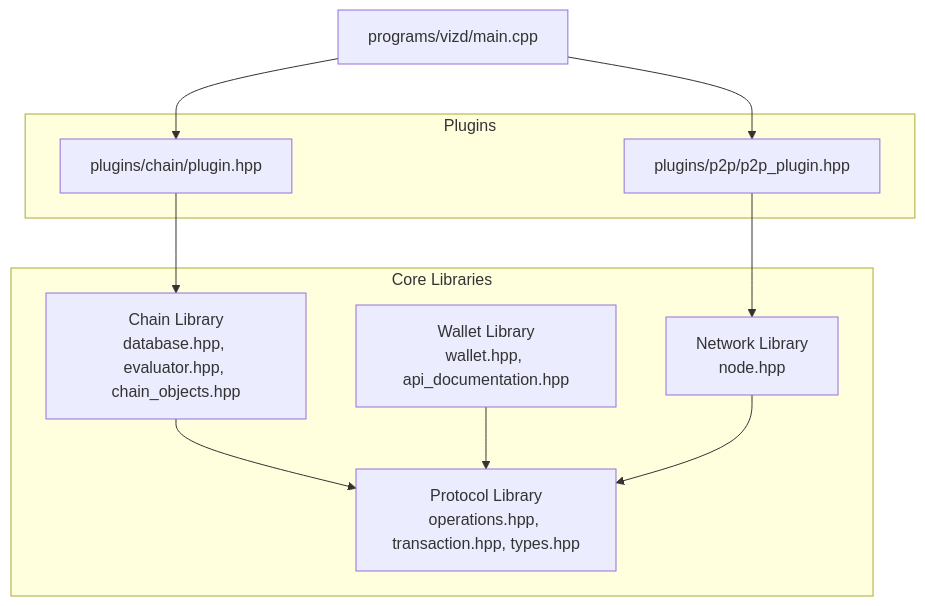
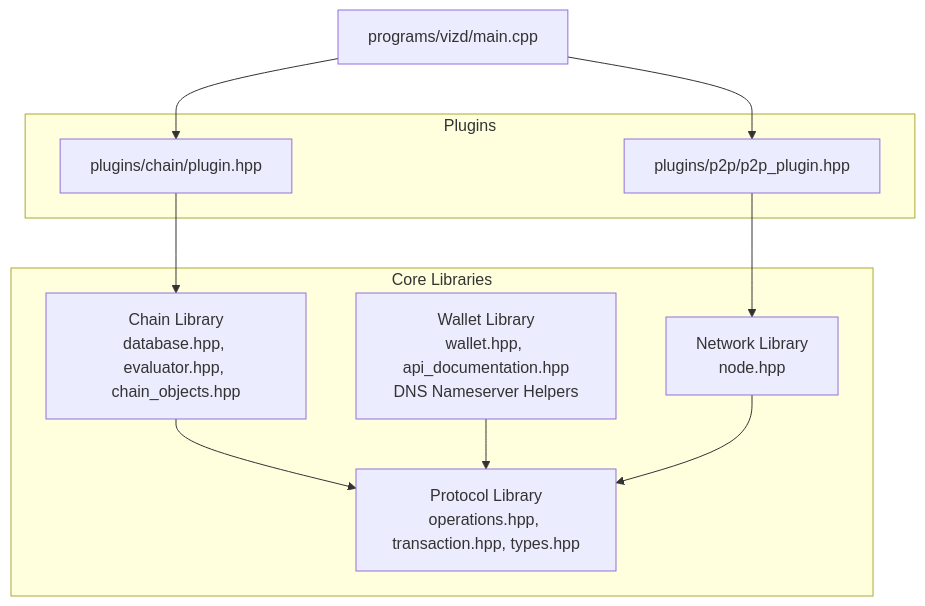
The first of 10 diagrams in .qoder/repowiki/en/content/Core Libraries.md (VIZ-Blockchain/viz-cpp-node), drawn with Mermaid before and after one commit. The commit also changed other lines of this file and 9 other files, not shown here.

````diff
--- a/.qoder/repowiki/en/content/Core Libraries.md
+++ b/.qoder/repowiki/en/content/Core Libraries.md
@@ -66,21 +68,21 @@
 ```mermaid
 graph TB
 subgraph "Core Libraries"
 CHAIN["Chain Library<br/>database.hpp, evaluator.hpp, chain_objects.hpp"]
 PROTO["Protocol Library<br/>operations.hpp, transaction.hpp, types.hpp"]
 NET["Network Library<br/>node.hpp"]
-WALLET["Wallet Library<br/>wallet.hpp, api_documentation.hpp"]
+WALLET["Wallet Library<br/>wallet.hpp, api_documentation.hpp<br/>DNS Nameserver Helpers"]
 end
 subgraph "Plugins"
 PL_CHAIN["plugins/chain/plugin.hpp"]
 PL_P2P["plugins/p2p/p2p_plugin.hpp"]
 end
 MAIN["programs/vizd/main.cpp"]
 MAIN --> PL_CHAIN
 MAIN --> PL_P2P
 PL_CHAIN --> CHAIN
 PL_P2P --> NET
 CHAIN --> PROTO
 WALLET --> PROTO
 NET --> PROTO
 ```
````
